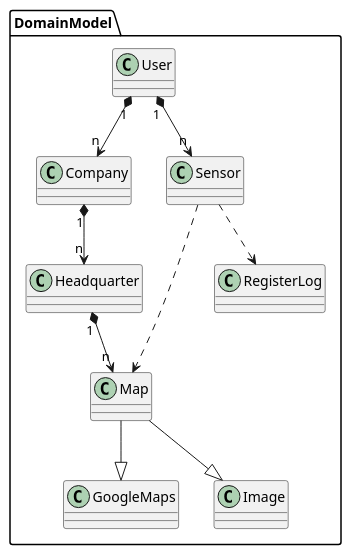
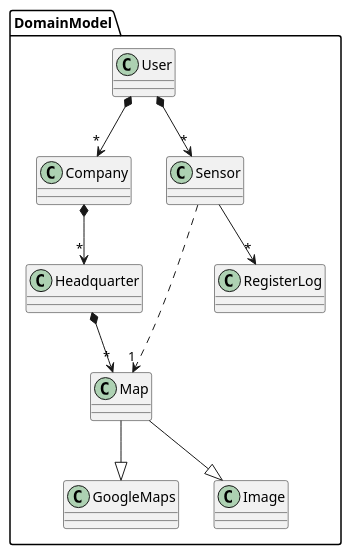
One commit to jumpering/pestmonitors changed the diagram in docs/src/domainModel/domainModel.puml. Above: the diagram before and after it, drawn with PlantUML. The commit also changed 4 other files, not shown here.

```diff
--- a/docs/src/domainModel/domainModel.puml
+++ b/docs/src/domainModel/domainModel.puml
@@ -1,24 +1,22 @@
 @startuml
-'title Domain model
 namespace DomainModel{
 class User
 class Company
 class Headquarter
 class Map
 class GoogleMaps
 class Image
 class Sensor
 class RegisterLog
 
-User "1" *--> "n" Sensor
-User "1" *--> "n" Company
-Company "1" *--> "n" Headquarter
-Headquarter "1" *--> "n" Map
+User  *--> "*" Sensor
+User *--> "*" Company
+Company *--> "*" Headquarter
+Headquarter *--> "*" Map
 Map -down-|> GoogleMaps
 Map -down-|> Image
 
-Sensor ..> Map
-
-Sensor ..> RegisterLog
+Sensor ..> "1" Map
+Sensor --> "*" RegisterLog
 }
 @enduml
```
